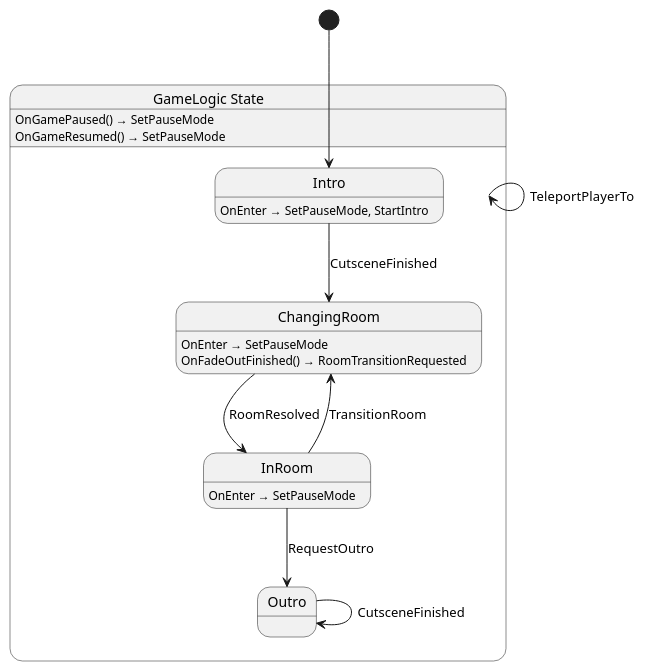
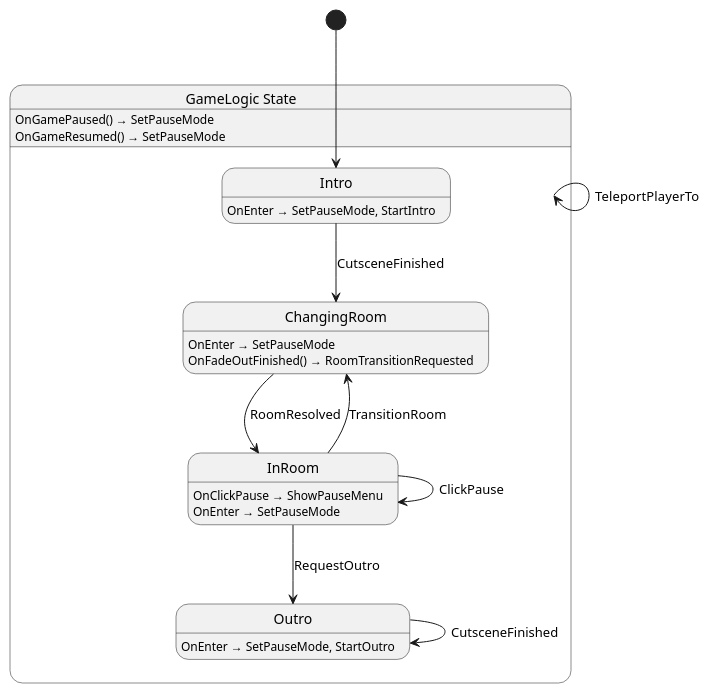
The diagram in src/game/state/GameLogic.g.puml (nilsiker/godot-wild-jam-77), drawn with PlantUML before and after one commit. The commit also changed 33 other files, not shown here.

```diff
--- a/src/game/state/GameLogic.g.puml
+++ b/src/game/state/GameLogic.g.puml
@@ -1,24 +1,27 @@
 @startuml GameLogic
 state "GameLogic State" as Nevergreen_GameLogic_State {
   state "ChangingRoom" as Nevergreen_GameLogic_State_ChangingRoom
   state "InRoom" as Nevergreen_GameLogic_State_InRoom
   state "Intro" as Nevergreen_GameLogic_State_Intro
   state "Outro" as Nevergreen_GameLogic_State_Outro
 }
 
 Nevergreen_GameLogic_State --> Nevergreen_GameLogic_State : TeleportPlayerTo
 Nevergreen_GameLogic_State_ChangingRoom --> Nevergreen_GameLogic_State_InRoom : RoomResolved
 Nevergreen_GameLogic_State_InRoom --> Nevergreen_GameLogic_State_ChangingRoom : TransitionRoom
+Nevergreen_GameLogic_State_InRoom --> Nevergreen_GameLogic_State_InRoom : ClickPause
 Nevergreen_GameLogic_State_InRoom --> Nevergreen_GameLogic_State_Outro : RequestOutro
 Nevergreen_GameLogic_State_Intro --> Nevergreen_GameLogic_State_ChangingRoom : CutsceneFinished
 Nevergreen_GameLogic_State_Outro --> Nevergreen_GameLogic_State_Outro : CutsceneFinished
 
 Nevergreen_GameLogic_State : OnGamePaused() → SetPauseMode
 Nevergreen_GameLogic_State : OnGameResumed() → SetPauseMode
 Nevergreen_GameLogic_State_ChangingRoom : OnEnter → SetPauseMode
 Nevergreen_GameLogic_State_ChangingRoom : OnFadeOutFinished() → RoomTransitionRequested
+Nevergreen_GameLogic_State_InRoom : OnClickPause → ShowPauseMenu
 Nevergreen_GameLogic_State_InRoom : OnEnter → SetPauseMode
 Nevergreen_GameLogic_State_Intro : OnEnter → SetPauseMode, StartIntro
+Nevergreen_GameLogic_State_Outro : OnEnter → SetPauseMode, StartOutro
 
 [*] --> Nevergreen_GameLogic_State_Intro
 @enduml
```
